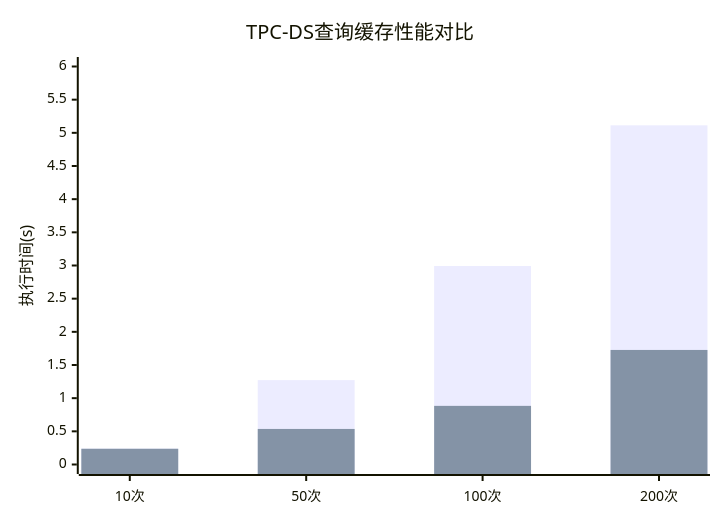
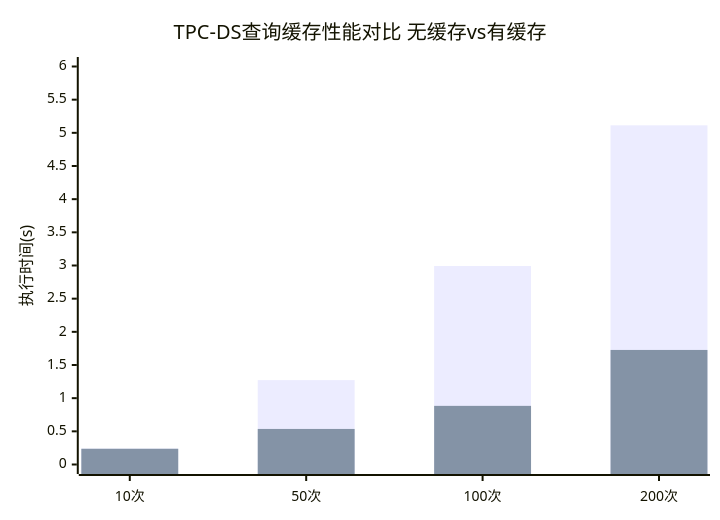
One commit to crazypenguincode/duckdb changed diagram 11 of 24 in md/第五章-实验与分析.md. Above: the diagram before and after it, drawn with Mermaid. The commit also changed other lines of this file and 459 other files, not shown here.

````diff
--- a/md/第五章-实验与分析.md
+++ b/md/第五章-实验与分析.md
@@ -387,8 +387,8 @@
 ```mermaid
 xychart-beta
-    title "TPC-DS查询缓存性能对比"
+    title "TPC-DS查询缓存性能对比 无缓存vs有缓存"
     x-axis ["10次", "50次", "100次", "200次"]
     y-axis "执行时间(s)" 0 --> 6
     bar [0.241, 1.272, 2.993, 5.113]
     bar [0.237, 0.536, 0.884, 1.727]
 ```
````
